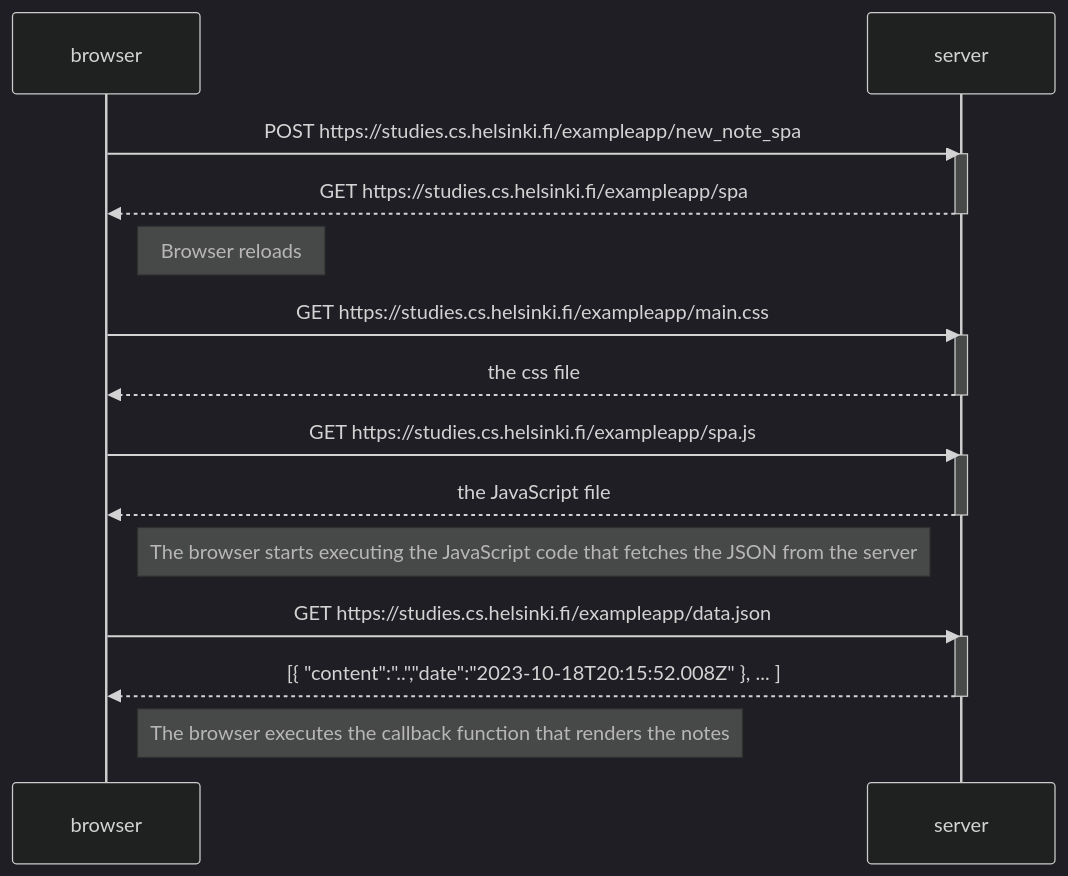
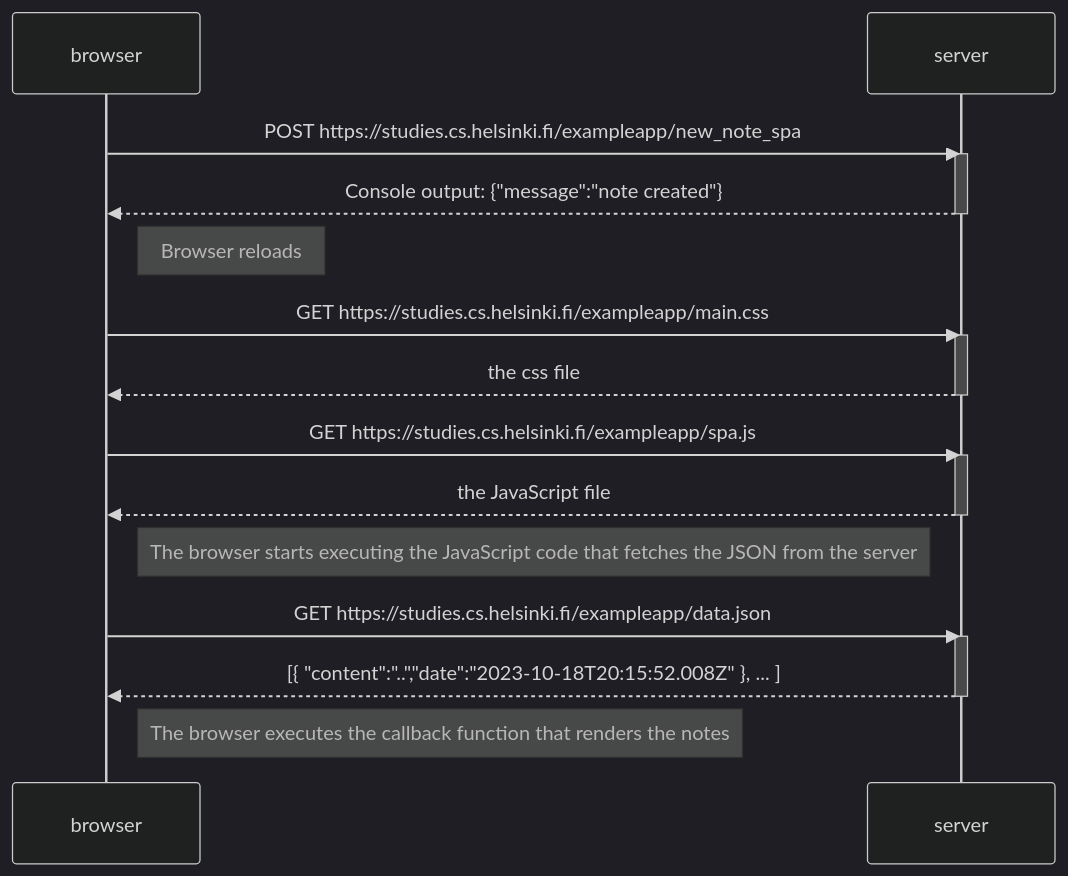
The diagram in part0/exercise06.md (Steve-T-Pham/fullstackopen2023), drawn with Mermaid (dark theme) before and after one commit. The commit also changed 1 other file, not shown here.

Commit message:
part0 completion

````diff
--- a/part0/exercise06.md
+++ b/part0/exercise06.md
@@ -1,31 +1,31 @@
 ```mermaid
 sequenceDiagram
     participant browser
     participant server
 
     browser->>server: POST https://studies.cs.helsinki.fi/exampleapp/new_note_spa
     activate server
-    server-->>browser: GET https://studies.cs.helsinki.fi/exampleapp/spa
+    server-->>browser: Console output: {"message":"note created"}
     deactivate server
 
     Note right of browser: Browser reloads 
 
     browser->>server: GET https://studies.cs.helsinki.fi/exampleapp/main.css
     activate server
     server-->>browser: the css file
     deactivate server
 
     browser->>server: GET https://studies.cs.helsinki.fi/exampleapp/spa.js
     activate server
     server-->>browser: the JavaScript file
     deactivate server
 
     Note right of browser: The browser starts executing the JavaScript code that fetches the JSON from the server
 
     browser->>server: GET https://studies.cs.helsinki.fi/exampleapp/data.json
     activate server
     server-->>browser: [{ "content":"..","date":"2023-10-18T20:15:52.008Z" }, ... ]
     deactivate server
 
     Note right of browser: The browser executes the callback function that renders the notes
 ```
````
